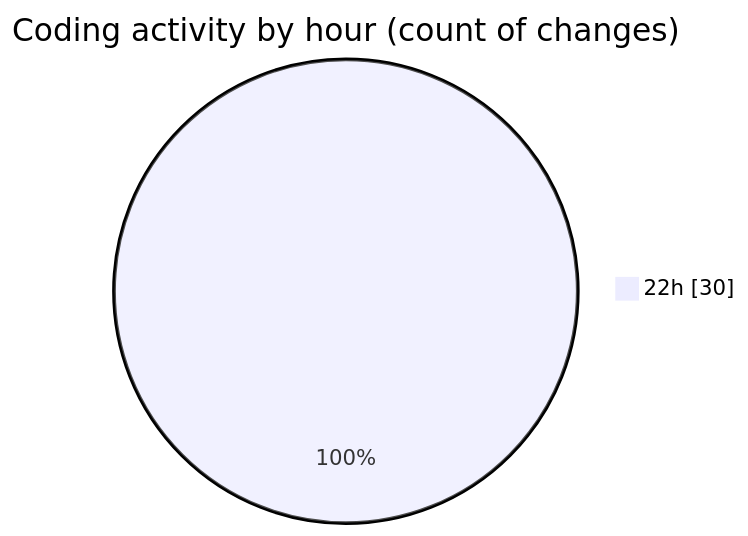
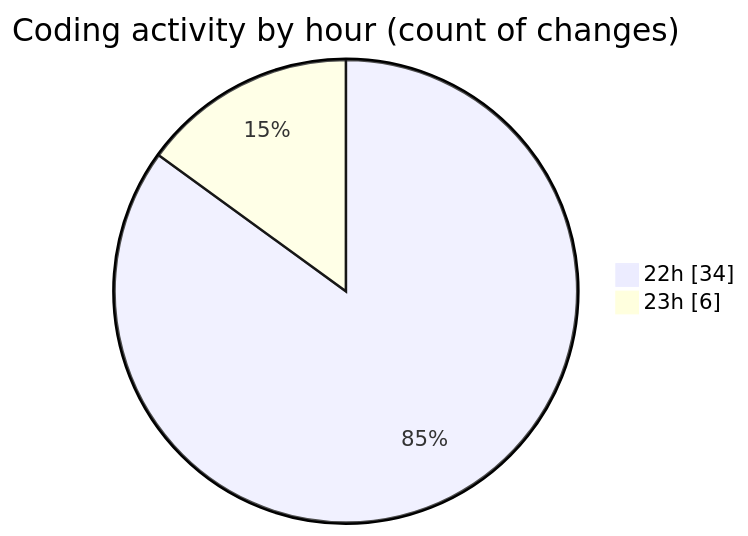
One commit to lephambinh05/code-tracking changed the second of 2 diagrams in 2025-07-14/nhahang/README.md. Above: the diagram before and after it, drawn with Mermaid. The commit also changed other lines of this file and 1 other file, not shown here.

````diff
--- a/2025-07-14/nhahang/README.md
+++ b/2025-07-14/nhahang/README.md
@@ -43,5 +48,6 @@
 ```mermaid
 pie showData
 title Coding activity by hour (count of changes)
-"22h" : 30
+"22h" : 34
+"23h" : 6
 ```
````
